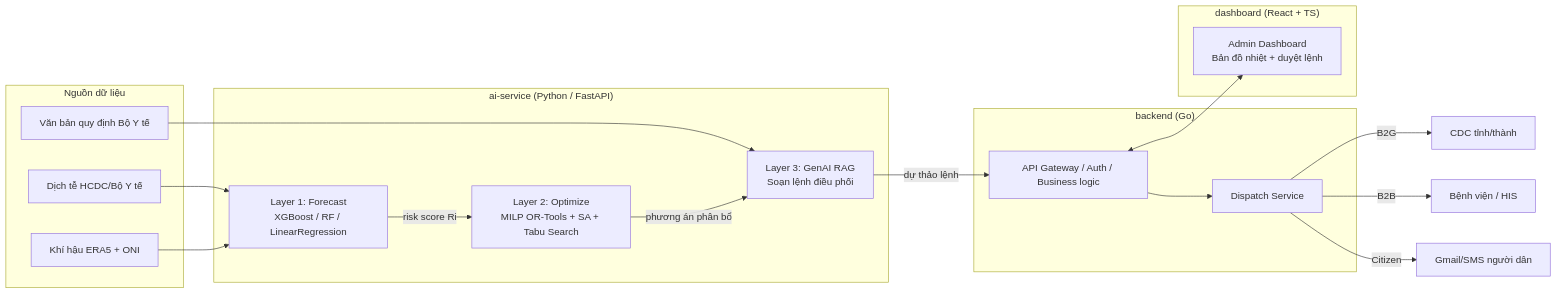
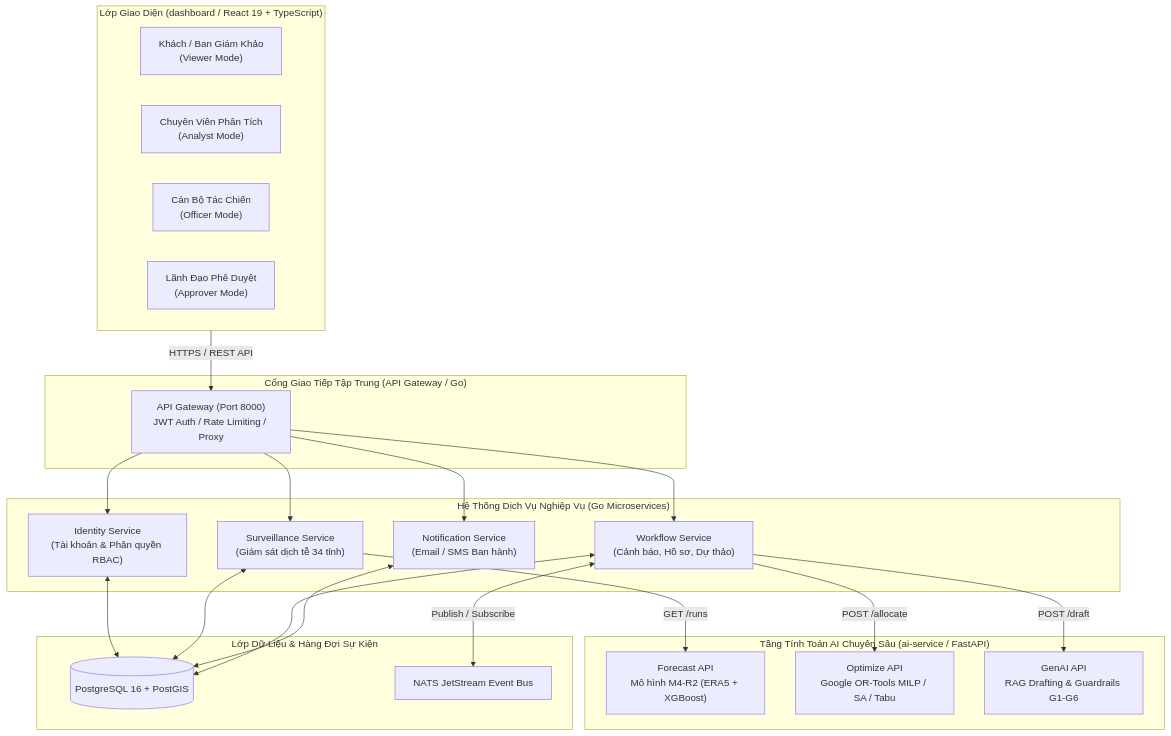
Before and after one commit to NamHaiIT2HUST/DengueSense: the diagram in README.md, drawn with Mermaid. The commit also changed other lines of this file and 6 other files, not shown here.

````diff
--- a/README.md
+++ b/README.md
@@ -26,35 +79,44 @@
 ```mermaid
-flowchart LR
-    subgraph Data["Nguồn dữ liệu"]
-        D1[Dịch tễ HCDC/Bộ Y tế]
-        D2[Khí hậu ERA5 + ONI]
-        D3[Văn bản quy định Bộ Y tế]
+flowchart TD
+    subgraph Client["Lớp Giao Diện (dashboard / React 19 + TypeScript)"]
+        UI_Guest["Khách / Ban Giám Khảo\n(Viewer Mode)"]
+        UI_Analyst["Chuyên Viên Phân Tích\n(Analyst Mode)"]
+        UI_Officer["Cán Bộ Tác Chiến\n(Officer Mode)"]
+        UI_Approver["Lãnh Đạo Phê Duyệt\n(Approver Mode)"]
     end
 
-    subgraph AI["ai-service (Python / FastAPI)"]
-        L1[Layer 1: Forecast\nXGBoost / RF / LinearRegression]
-        L2[Layer 2: Optimize\nMILP OR-Tools + SA + Tabu Search]
-        L3[Layer 3: GenAI RAG\nSoạn lệnh điều phối]
+    subgraph GatewayLayer["Cổng Giao Tiếp Tập Trung (API Gateway / Go)"]
+        GW["API Gateway (Port 8000)\nJWT Auth / Rate Limiting / Proxy"]
     end
 
-    subgraph BE["backend (Go)"]
-        API[API Gateway / Auth / Business logic]
-        DISPATCH[Dispatch Service]
+    subgraph BackendServices["Hệ Thống Dịch Vụ Nghiệp Vụ (Go Microservices)"]
+        SVC_ID["Identity Service\n(Tài khoản & Phân quyền RBAC)"]
+        SVC_SURV["Surveillance Service\n(Giám sát dịch tễ 34 tỉnh)"]
+        SVC_WORKFLOW["Workflow Service\n(Cảnh báo, Hồ sơ, Dự thảo)"]
+        SVC_NOTIF["Notification Service\n(Email / SMS Ban hành)"]
     end
 
-    subgraph FE["dashboard (React + TS)"]
-        UI[Admin Dashboard\nBản đồ nhiệt + duyệt lệnh]
+    subgraph AIService["Tầng Tính Toán AI Chuyên Sâu (ai-service / FastAPI)"]
+        AI_FORECAST["Forecast API\nMô hình M4-R2 (ERA5 + XGBoost)"]
+        AI_OPTIMIZE["Optimize API\nGoogle OR-Tools MILP / SA / Tabu"]
+        AI_GENAI["GenAI API\nRAG Drafting & Guardrails G1-G6"]
     end
 
-    D1 --> L1
-    D2 --> L1
-    D3 --> L3
-    L1 -->|risk score Ri| L2
-    L2 -->|phương án phân bổ| L3
-    L3 -->|dự thảo lệnh| API
-    API <--> UI
-    API --> DISPATCH
-    DISPATCH -->|B2G| CDC[CDC tỉnh/thành]
-    DISPATCH -->|B2B| HOSP[Bệnh viện / HIS]
-    DISPATCH -->|Citizen| SMS[Gmail/SMS người dân]
+    subgraph DataStorage["Lớp Dữ Liệu & Hàng Đợi Sự Kiện"]
+        DB[(PostgreSQL 16 + PostGIS)]
+        NATS["NATS JetStream Event Bus"]
+    end
+
+    Client -->|HTTPS / REST API| GW
+    GW --> SVC_ID
+    GW --> SVC_SURV
+    GW --> SVC_WORKFLOW
+    GW --> SVC_NOTIF
+
+    SVC_WORKFLOW -->|POST /allocate| AI_OPTIMIZE
+    SVC_WORKFLOW -->|POST /draft| AI_GENAI
+    SVC_SURV -->|GET /runs| AI_FORECAST
+
+    SVC_ID & SVC_SURV & SVC_WORKFLOW & SVC_NOTIF <--> DB
+    SVC_WORKFLOW <-->|Publish / Subscribe| NATS
 ```
````
